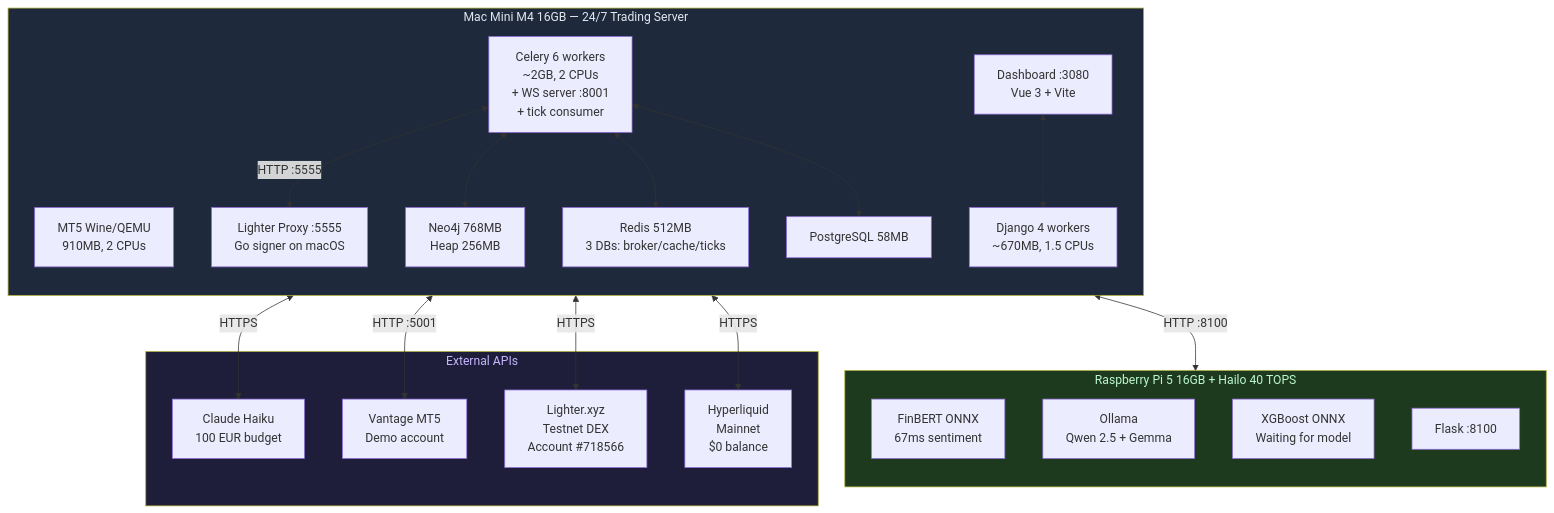
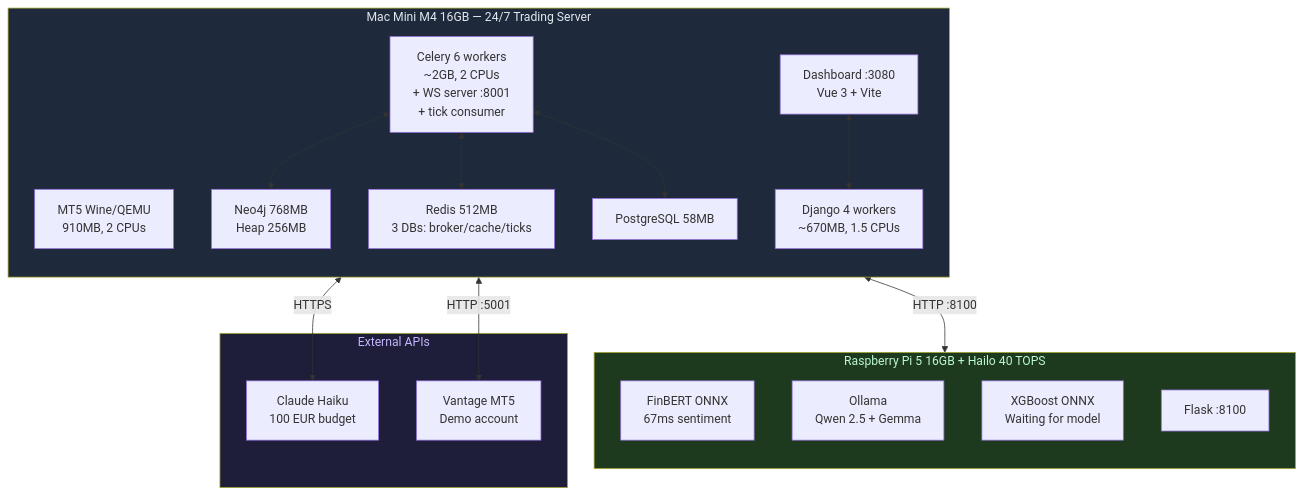
Before and after one commit to DisciplinedFlow/metatrader5-quant-server: the fifth of 7 diagrams in ARCHITECTURE_BRAIN.md, drawn with Mermaid. The commit also changed other lines of this file and 147 other files, not shown here.

First line of the commit message:
Remove crypto/Hyperliquid/Lighter/Polymarket trading entirely

````diff
--- a/ARCHITECTURE_BRAIN.md
+++ b/ARCHITECTURE_BRAIN.md
@@ -267,44 +167,38 @@
 ```mermaid
 graph TB
     subgraph MINI["Mac Mini M4 16GB — 24/7 Trading Server"]
         direction TB
         MT5_C["MT5 Wine/QEMU\n910MB, 2 CPUs"]
         CELERY_C["Celery 6 workers\n~2GB, 2 CPUs\n+ WS server :8001\n+ tick consumer"]
         DJANGO_C["Django 4 workers\n~670MB, 1.5 CPUs"]
         NEO4J_C["Neo4j 768MB\nHeap 256MB"]
         REDIS_C["Redis 512MB\n3 DBs: broker/cache/ticks"]
         PG_C["PostgreSQL 58MB"]
         DASH_C["Dashboard :3080\nVue 3 + Vite"]
-        PROXY_C["Lighter Proxy :5555\nGo signer on macOS"]
     end
 
     subgraph PI_HW["Raspberry Pi 5 16GB + Hailo 40 TOPS"]
         direction TB
         FINBERT["FinBERT ONNX\n67ms sentiment"]
         OLLAMA["Ollama\nQwen 2.5 + Gemma"]
         XGBOOST_PI["XGBoost ONNX\nWaiting for model"]
         FLASK_PI["Flask :8100"]
     end
 
     subgraph CLOUD["External APIs"]
         ANTHROPIC["Claude Haiku\n100 EUR budget"]
         VANTAGE["Vantage MT5\nDemo account"]
-        LIGHTER_EX["Lighter.xyz\nTestnet DEX\nAccount #718566"]
-        HYPERLIQ["Hyperliquid\nMainnet\n$0 balance"]
     end
 
     CELERY_C <--> |"HTTP :8100"| FLASK_PI
     MT5_C <--> |"HTTP :5001"| VANTAGE
     CELERY_C <--> |"HTTPS"| ANTHROPIC
-    CELERY_C <--> |"HTTP :5555"| PROXY_C
-    PROXY_C <--> |"HTTPS"| LIGHTER_EX
-    CELERY_C <--> |"HTTPS"| HYPERLIQ
     CELERY_C <--> NEO4J_C
     CELERY_C <--> REDIS_C
     CELERY_C <--> PG_C
     DASH_C <--> DJANGO_C
 
     style MINI fill:#1e293b,color:#e2e8f0
     style PI_HW fill:#1e3a1e,color:#bbf7d0
     style CLOUD fill:#1e1e3a,color:#c4b5fd
 ```
````
